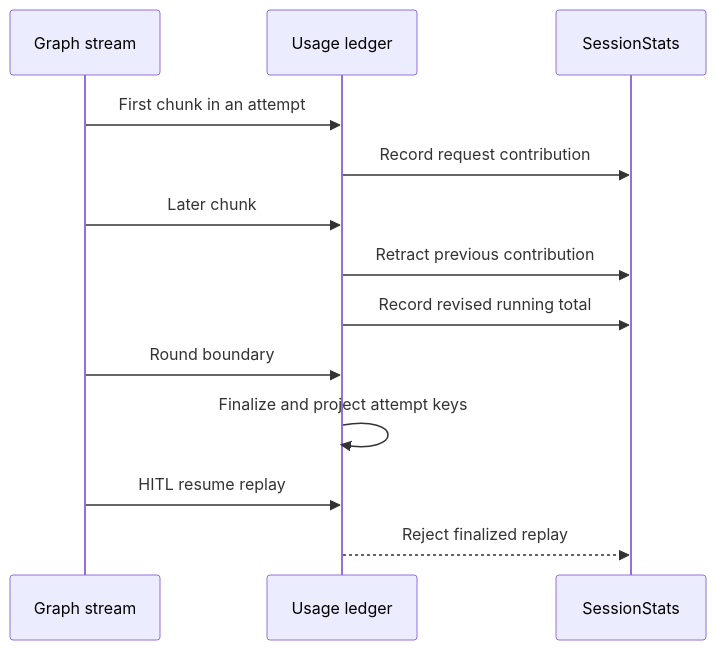
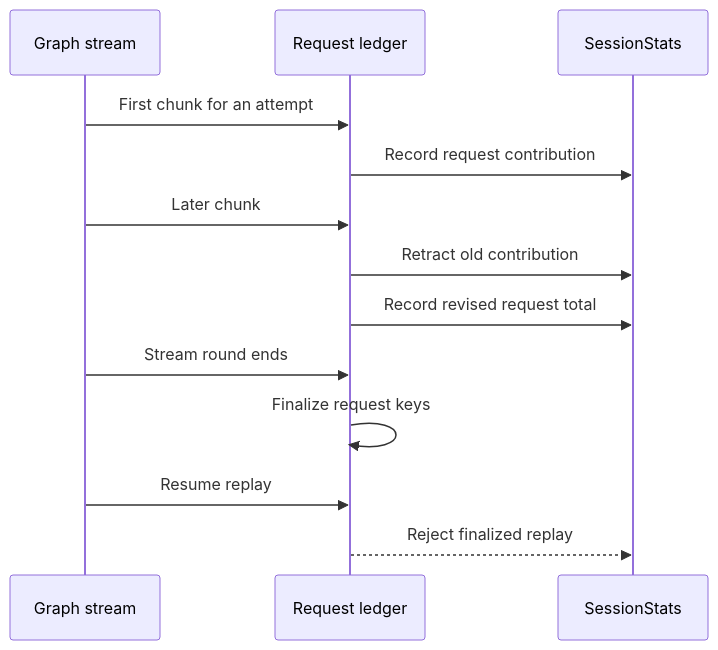
The second of 2 diagrams in openwiki/operations/cost-and-sessions.md (langchain-ai/deepagents), drawn with Mermaid before and after one commit. The commit also changed other lines of this file and 63 other files, not shown here.

````diff
--- a/openwiki/operations/cost-and-sessions.md
+++ b/openwiki/operations/cost-and-sessions.md
@@ -106,15 +77,15 @@
 ```mermaid
 sequenceDiagram
-    participant Graph as Graph stream
-    participant Ledger as Usage ledger
+    participant Stream as Graph stream
+    participant Ledger as Request ledger
     participant Stats as SessionStats
-    Graph->>Ledger: First chunk in an attempt
+    Stream->>Ledger: First chunk for an attempt
     Ledger->>Stats: Record request contribution
-    Graph->>Ledger: Later chunk
-    Ledger->>Stats: Retract previous contribution
-    Ledger->>Stats: Record revised running total
-    Graph->>Ledger: Round boundary
-    Ledger->>Ledger: Finalize and project attempt keys
-    Graph->>Ledger: HITL resume replay
+    Stream->>Ledger: Later chunk
+    Ledger->>Stats: Retract old contribution
+    Ledger->>Stats: Record revised request total
+    Stream->>Ledger: Stream round ends
+    Ledger->>Ledger: Finalize request keys
+    Stream->>Ledger: Resume replay
     Ledger-->>Stats: Reject finalized replay
 ```
````
